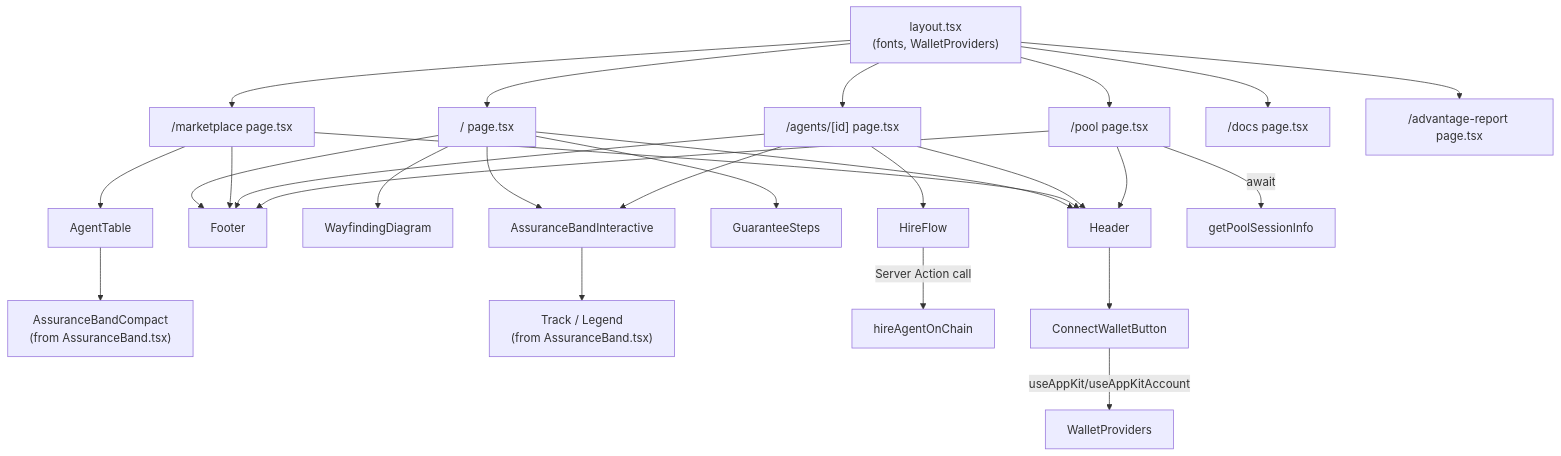
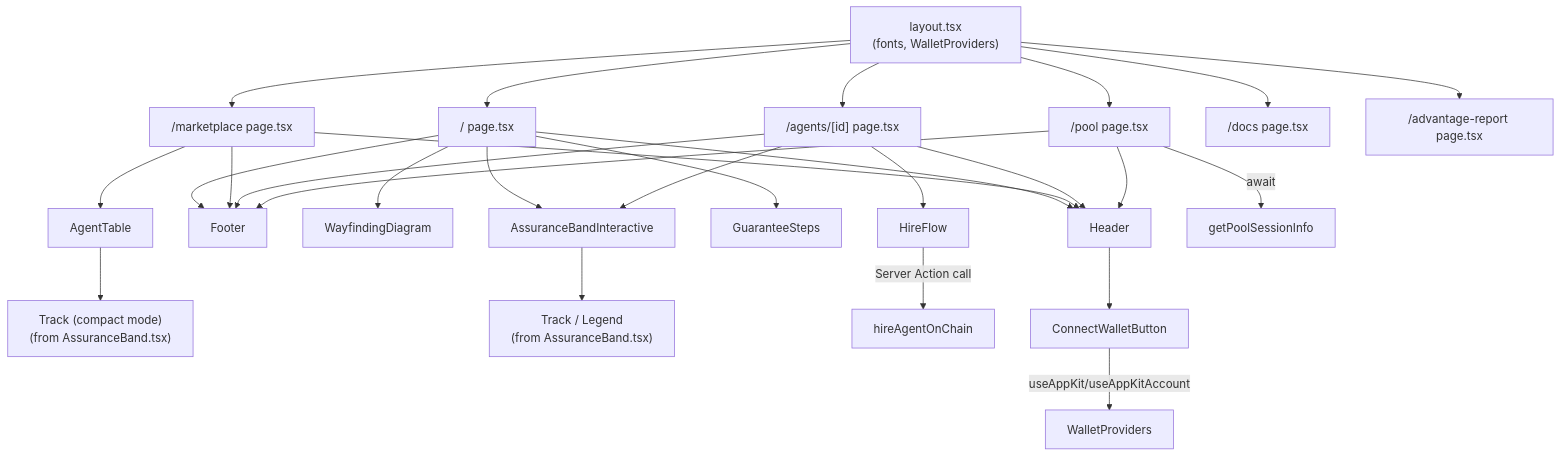
The third of 7 diagrams in DOCUMENTATION.md (linoxbt/Backstop), drawn with Mermaid before and after one commit. The commit also changed other lines of this file and 32 other files, not shown here.

````diff
--- a/DOCUMENTATION.md
+++ b/DOCUMENTATION.md
@@ -404,35 +404,35 @@
 ```mermaid
 graph TD
     Layout["layout.tsx<br/>(fonts, WalletProviders)"]
     Layout --> Home["/ page.tsx"]
     Layout --> Market["/marketplace page.tsx"]
     Layout --> Dossier["/agents/[id] page.tsx"]
     Layout --> Pool["/pool page.tsx"]
     Layout --> Docs["/docs page.tsx"]
     Layout --> Report["/advantage-report page.tsx"]
 
     Home --> Header
     Home --> Footer
     Home --> WayfindingDiagram
     Home --> AssuranceBandInteractive
     Home --> GuaranteeSteps
 
     Market --> Header
     Market --> Footer
     Market --> AgentTable
-    AgentTable --> AssuranceBandCompact["AssuranceBandCompact<br/>(from AssuranceBand.tsx)"]
+    AgentTable --> TrackCompare["Track (compact mode)<br/>(from AssuranceBand.tsx)"]
 
     Dossier --> Header
     Dossier --> Footer
     Dossier --> AssuranceBandInteractive
     Dossier --> HireFlow
     AssuranceBandInteractive --> Track["Track / Legend<br/>(from AssuranceBand.tsx)"]
     HireFlow -->|"Server Action call"| hireAgentOnChain
 
     Pool --> Header
     Pool --> Footer
     Pool -->|"await"| getPoolSessionInfo
 
     Header --> ConnectWalletButton
     ConnectWalletButton -->|"useAppKit/useAppKitAccount"| WalletProviders
 ```
````
